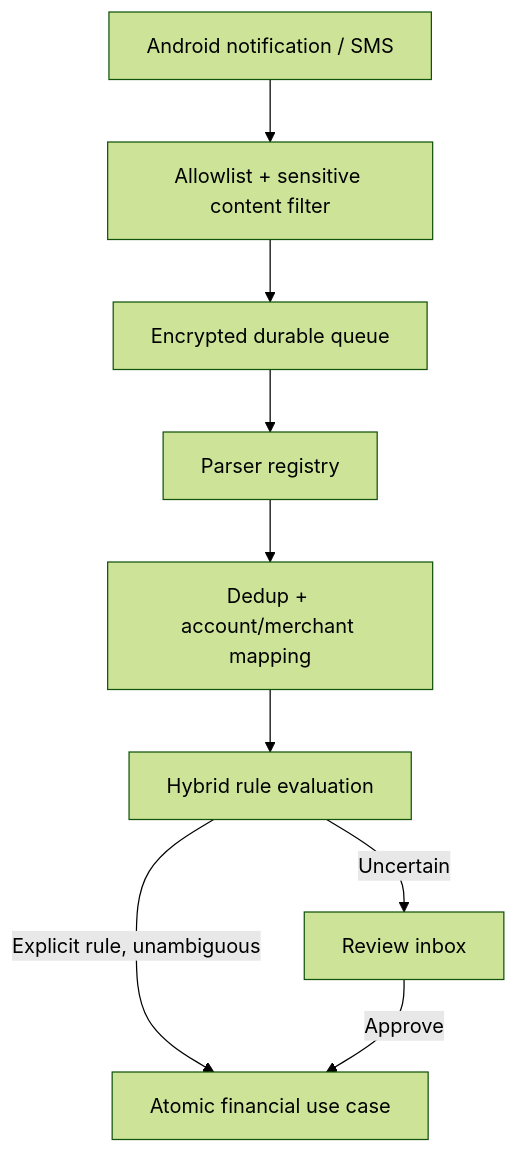
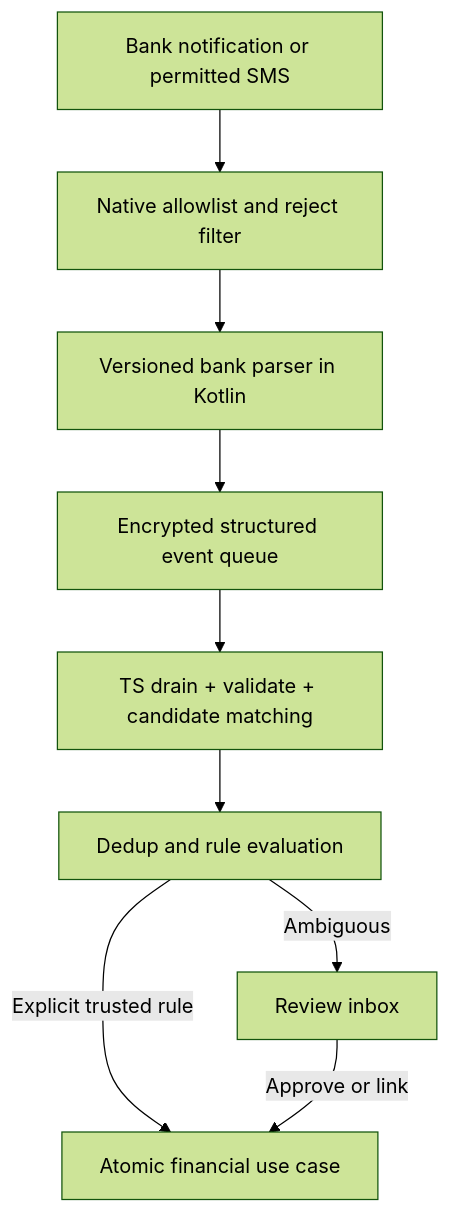
The diagram in docs/architecture/SMART_CAPTURE.md (ardaongl/Sumlune), drawn with Mermaid (forest theme) before and after one commit. The commit also changed other lines of this file and 12 other files, not shown here.

Commit message:
docs: accept financial intelligence and draft smart capture architecture

````diff
--- a/docs/architecture/SMART_CAPTURE.md
+++ b/docs/architecture/SMART_CAPTURE.md
@@ -5,11 +11,11 @@
 ```mermaid
 flowchart TD
-  E[Android notification / SMS] --> F[Allowlist + sensitive content filter]
-  F --> Q[Encrypted durable queue]
-  Q --> P[Parser registry]
-  P --> D[Dedup + account/merchant mapping]
-  D --> R[Hybrid rule evaluation]
-  R -->|Explicit rule, unambiguous| A[Atomic financial use case]
-  R -->|Uncertain| I[Review inbox]
-  I -->|Approve| A
+ N[Bank notification or permitted SMS] --> F[Native allowlist and reject filter]
+ F --> P[Versioned bank parser in Kotlin]
+ P --> Q[Encrypted structured event queue]
+ Q --> T[TS drain + validate + candidate matching]
+ T --> D[Dedup and rule evaluation]
+ D -->|Explicit trusted rule| A[Atomic financial use case]
+ D -->|Ambiguous| I[Review inbox]
+ I -->|Approve or link| A
 ```
````
